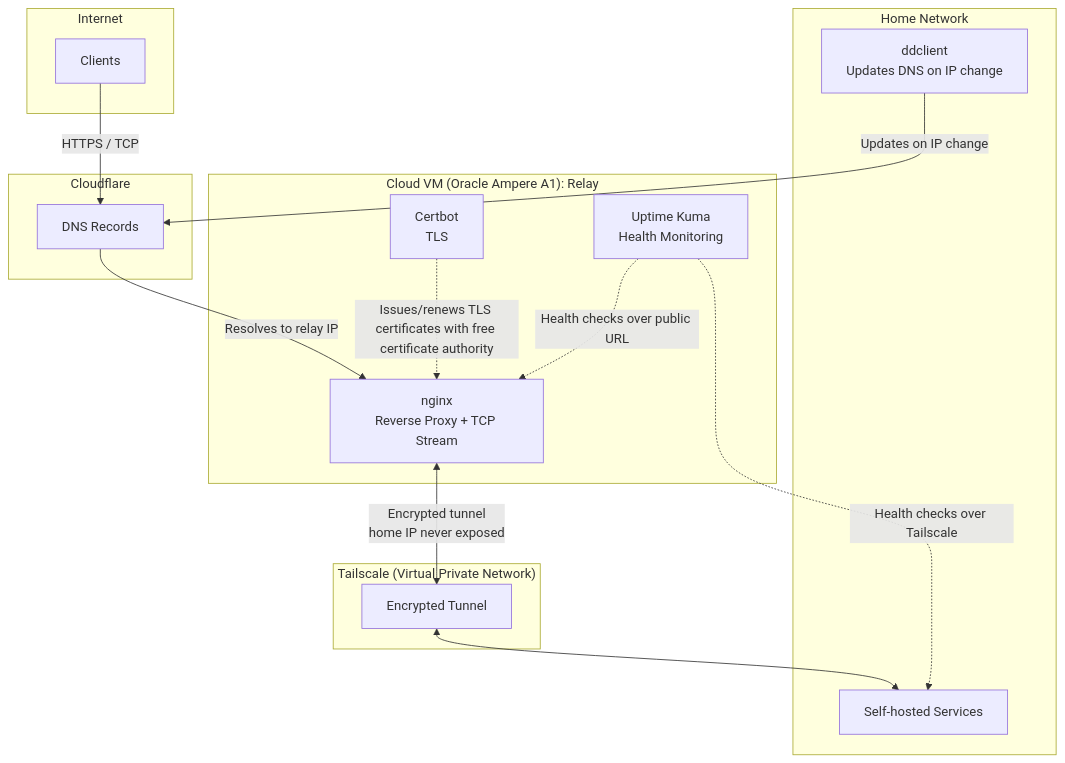
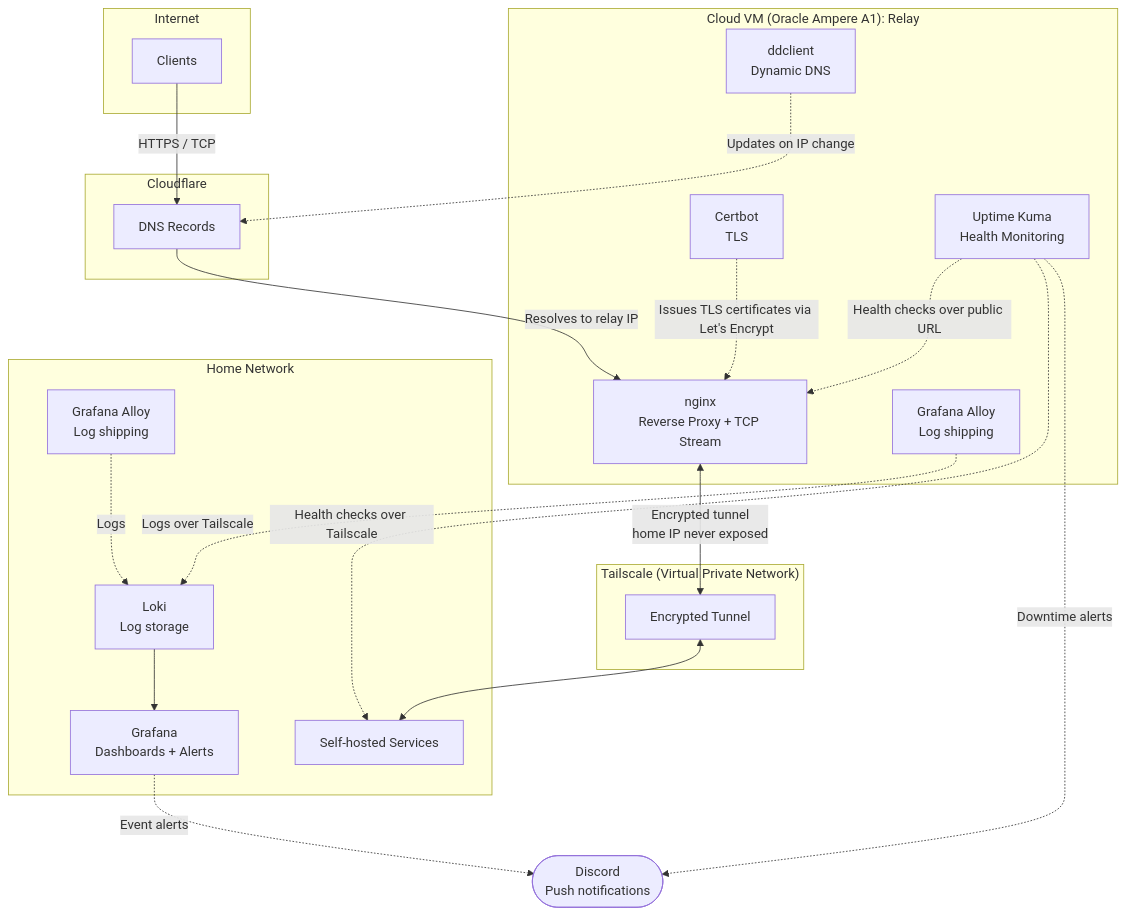
The diagram in README.md (diegotyner/Homelab-Public), drawn with Mermaid before and after one commit. The commit also changed other lines of this file and 16 other files, not shown here.

````diff
--- a/README.md
+++ b/README.md
@@ -9,38 +15,50 @@
 ```mermaid
 
 flowchart TB
     subgraph Internet
         User[Clients]
     end
 
     subgraph Cloudflare
         DNS[DNS Records]
     end
 
+    Discord([Discord<br/>Push notifications])
 
     subgraph Relay["Cloud VM (Oracle Ampere A1): Relay"]
         NginxRelay[nginx<br/>Reverse Proxy + TCP Stream]
         Certbot[Certbot<br/>TLS]
+        DDclient[ddclient<br/>Dynamic DNS]
         Kuma[Uptime Kuma<br/>Health Monitoring]
+        AlloyRelay[Grafana Alloy<br/>Log shipping]
     end
 
     subgraph Tailscale["Tailscale (Virtual Private Network)"]
         TS[Encrypted Tunnel]
     end
 
     subgraph Homelab["Home Network"]
-        DDclient[ddclient<br/>Updates DNS on IP change]
         Services[Self-hosted Services]
+        AlloyHome[Grafana Alloy<br/>Log shipping]
+        Loki[Loki<br/>Log storage]
+        Grafana[Grafana<br/>Dashboards + Alerts]
     end
 
     User -->|HTTPS / TCP| DNS
     DNS -->|Resolves to relay IP| NginxRelay
 
-    Certbot -.->|Issues/renews TLS certificates with free certificate authority| NginxRelay
+    Certbot -.->|Issues TLS certificates via Let's Encrypt| NginxRelay
+    DDclient -.->|Updates on IP change| DNS
     NginxRelay <-->|Encrypted tunnel<br/>home IP never exposed| TS
     TS <--> Services
 
-    DDclient -->|Updates on IP change| DNS
     Kuma -.->|Health checks over public URL| NginxRelay
     Kuma -.->|Health checks over Tailscale| Services
+
+    AlloyRelay -.->|Logs over Tailscale| Loki
+    AlloyHome -.->|Logs| Loki
+    Loki --> Grafana
+
+    Grafana -.->|Event alerts| Discord
+    Kuma -.->|Downtime alerts| Discord
 ```
````
